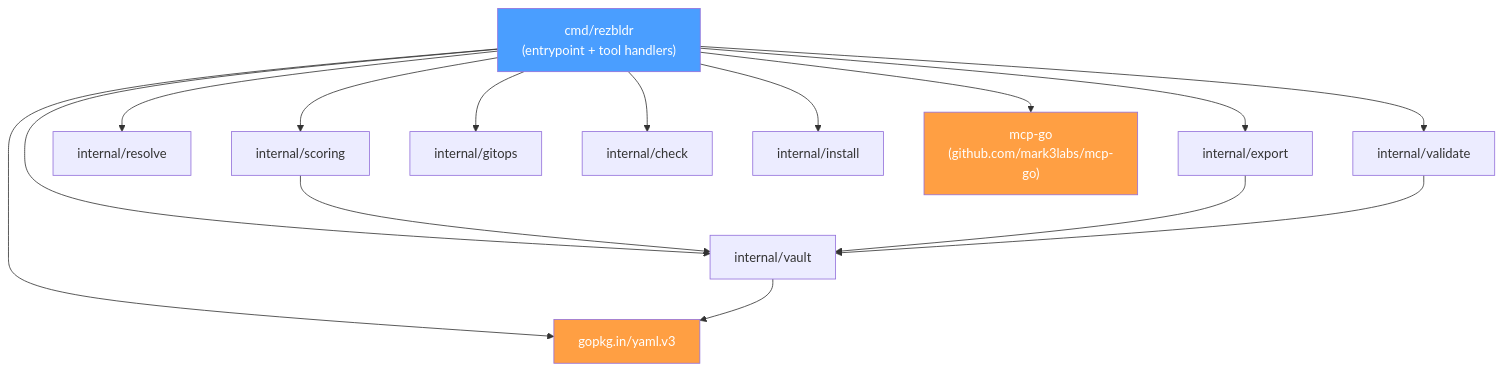
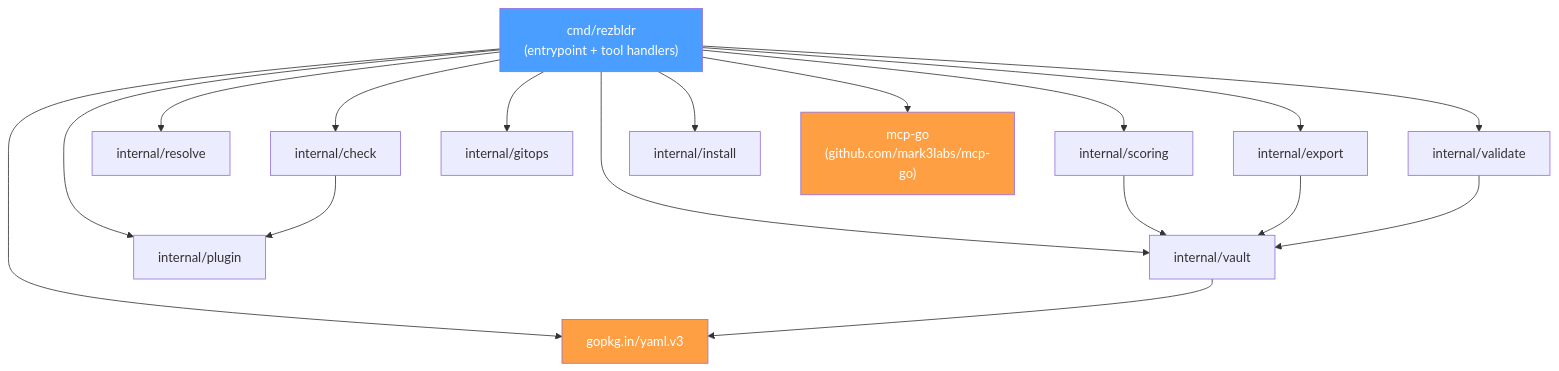
Before and after one commit to suykerbuyk/rezbldr: the first of 3 diagrams in doc/ARCHITECTURE.md, drawn with Mermaid. The commit also changed other lines of this file and 19 other files, not shown here.

````diff
--- a/doc/ARCHITECTURE.md
+++ b/doc/ARCHITECTURE.md
@@ -30,25 +30,27 @@
 ```mermaid
 graph TD
     CMD["cmd/rezbldr<br/>(entrypoint + tool handlers)"]
 
     CMD --> VAULT["internal/vault"]
     CMD --> SCORING["internal/scoring"]
     CMD --> EXPORT["internal/export"]
     CMD --> RESOLVE["internal/resolve"]
     CMD --> VALIDATE["internal/validate"]
     CMD --> GITOPS["internal/gitops"]
     CMD --> CHECK["internal/check"]
     CMD --> INSTALL["internal/install"]
+    CMD --> PLUGIN["internal/plugin"]
 
     SCORING --> VAULT
     EXPORT --> VAULT
     VALIDATE --> VAULT
+    CHECK --> PLUGIN
 
     CMD --> MCPGO["mcp-go<br/>(github.com/mark3labs/mcp-go)"]
     CMD --> YAMLV3["gopkg.in/yaml.v3"]
     VAULT --> YAMLV3
 
     style CMD fill:#4a9eff,color:#fff
     style MCPGO fill:#ff9f43,color:#fff
     style YAMLV3 fill:#ff9f43,color:#fff
 ```
````
